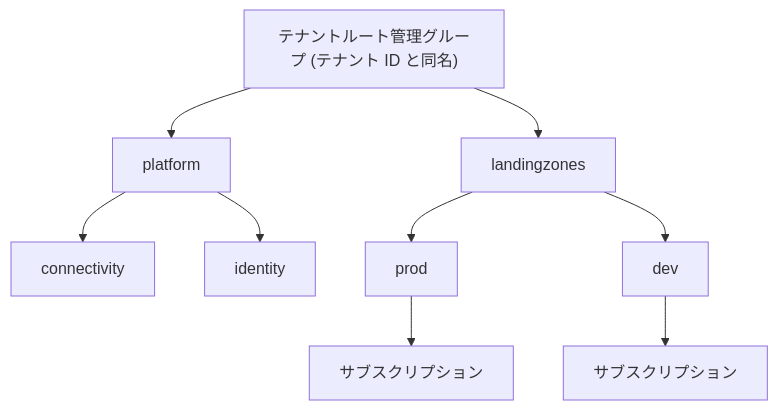
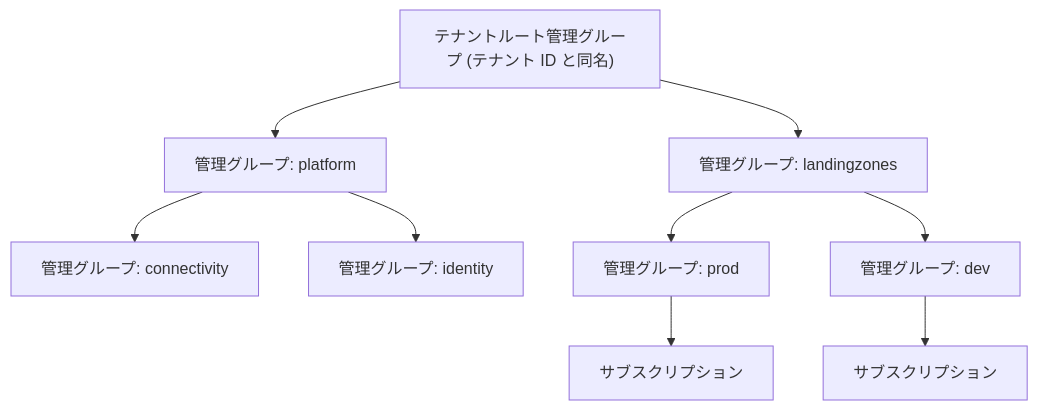
The fourth of 4 diagrams in manuscript/part1/02-management-groups.md (engineers-hub-ltd-in-house-project/azure-practice), drawn with Mermaid before and after one commit. The commit also changed other lines of this file and 17 other files, not shown here.

````diff
--- a/manuscript/part1/02-management-groups.md
+++ b/manuscript/part1/02-management-groups.md
@@ -62,12 +62,12 @@
 ```mermaid
 flowchart TB
   R["テナントルート管理グループ (テナント ID と同名)"]
-  R --> P["platform"]
-  R --> L["landingzones"]
-  P --> PC["connectivity"]
-  P --> PI["identity"]
-  L --> LP["prod"]
-  L --> LD["dev"]
+  R --> P["管理グループ: platform"]
+  R --> L["管理グループ: landingzones"]
+  P --> PC["管理グループ: connectivity"]
+  P --> PI["管理グループ: identity"]
+  L --> LP["管理グループ: prod"]
+  L --> LD["管理グループ: dev"]
   LP --> S1["サブスクリプション"]
   LD --> S2["サブスクリプション"]
 ```
````
